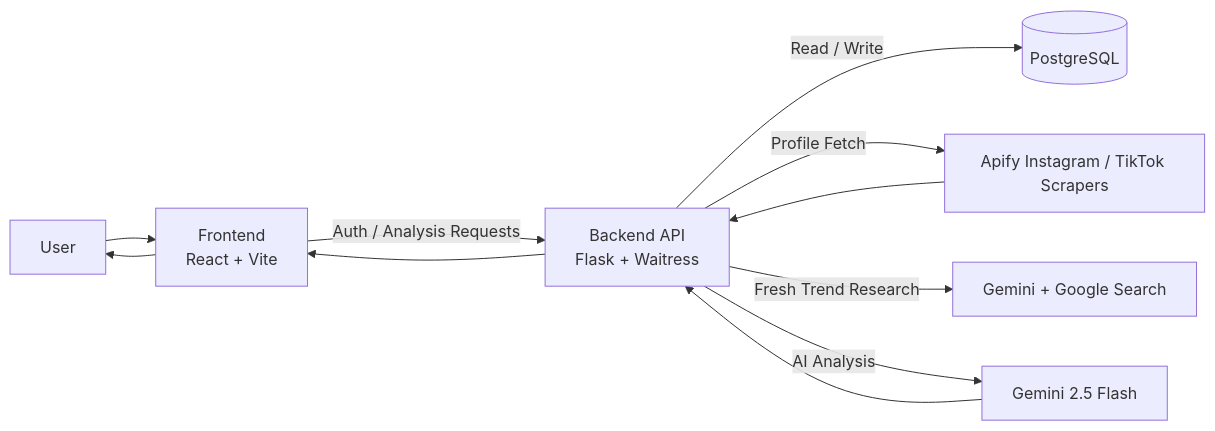
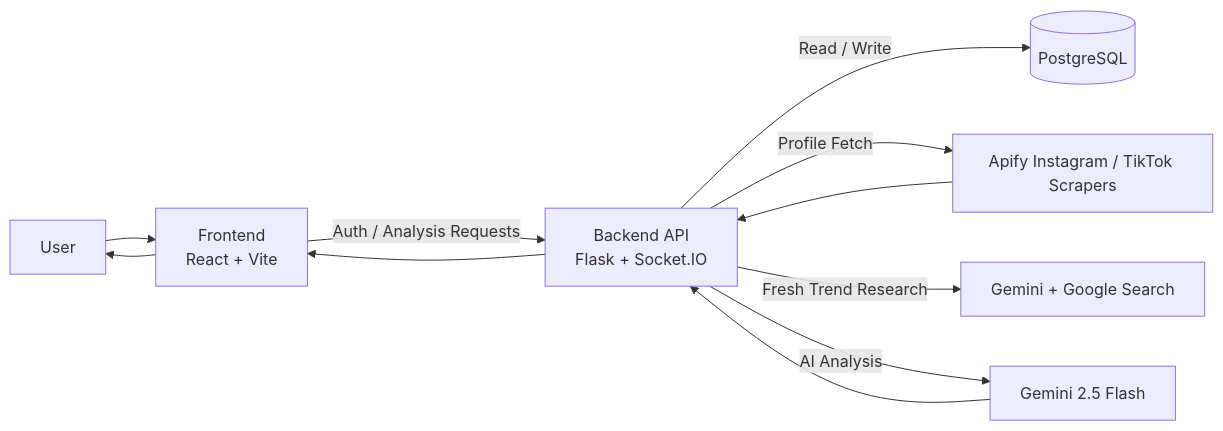
One commit to Qoziwe/Alignd changed the first of 3 diagrams in README.md. Above: the diagram before and after it, drawn with Mermaid. The commit also changed other lines of this file and 11 other files, not shown here.

````diff
--- a/README.md
+++ b/README.md
@@ -24,13 +24,13 @@
 ```mermaid
 flowchart LR
     U[User] --> F[Frontend<br/>React + Vite]
-    F -->|Auth / Analysis Requests| B[Backend API<br/>Flask + Waitress]
+    F -->|Auth / Analysis Requests| B[Backend API<br/>Flask + Socket.IO]
     B -->|Read / Write| DB[(PostgreSQL)]
     B -->|Profile Fetch| A[Apify Instagram / TikTok Scrapers]
     B -->|Fresh Trend Research| GT[Gemini + Google Search]
     B -->|AI Analysis| G[Gemini 2.5 Flash]
     G --> B
     A --> B
     B --> F
     F --> U
 ```
````
